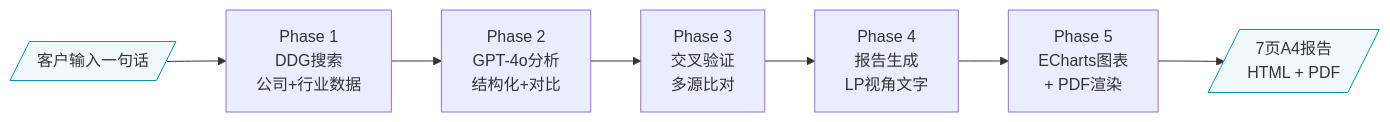
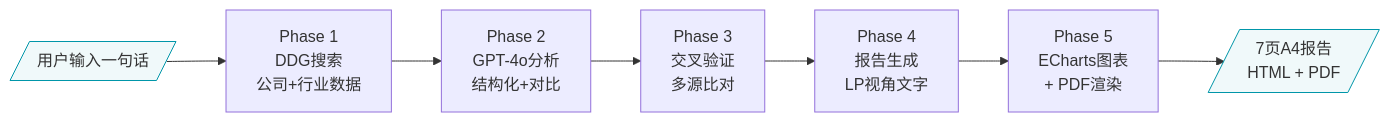
The diagram in README.md (hitome0123/lp-report), drawn with Mermaid before and after one commit. The commit also changed other lines of this file and 5 other files, not shown here.

````diff
--- a/README.md
+++ b/README.md
@@ -7,12 +7,12 @@
 ```mermaid
 flowchart LR
-    A[/"客户输入一句话"/] --> B["Phase 1\nDDG搜索\n公司+行业数据"]
+    A[/"用户输入一句话"/] --> B["Phase 1\nDDG搜索\n公司+行业数据"]
     B --> C["Phase 2\nGPT-4o分析\n结构化+对比"]
     C --> D["Phase 3\n交叉验证\n多源比对"]
     D --> E["Phase 4\n报告生成\nLP视角文字"]
     E --> F["Phase 5\nECharts图表\n+ PDF渲染"]
     F --> G[/"7页A4报告\nHTML + PDF"/]
 
     style A fill:#F0F9FA,stroke:#0096A9
     style G fill:#F0F9FA,stroke:#0096A9
 ```
````
